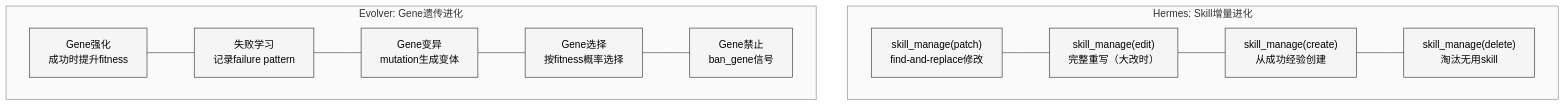
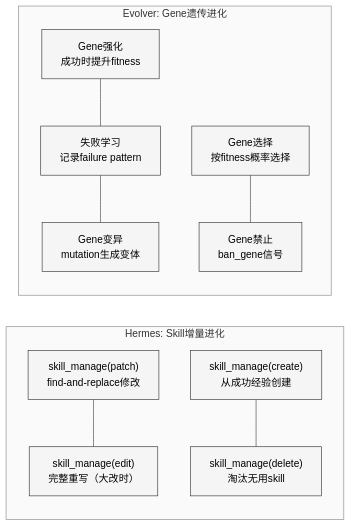
The third of 5 diagrams in Part III 同源项目对比分析/30-三项目Skill系统对比.md (xiaonancs/hermes-agent-study), drawn with Mermaid before and after one commit. The commit also changed other lines of this file and 32 other files, not shown here.

First line of the commit message:
Mermaid 图表修复：白色背景板 + 长宽比优化

````diff
--- a/Part III 同源项目对比分析/30-三项目Skill系统对比.md
+++ b/Part III 同源项目对比分析/30-三项目Skill系统对比.md
@@ -271,22 +271,24 @@
 ```mermaid
 %%{init: {'theme': 'neutral', 'themeVariables': {'background': '#ffffff', 'primaryColor': '#f5f5f5', 'primaryTextColor': '#000000', 'primaryBorderColor': '#333333', 'lineColor': '#444444', 'textColor': '#000000', 'mainBkg': '#f5f5f5', 'nodeBorder': '#333333', 'clusterBkg': '#fafafa', 'clusterBorder': '#888888', 'edgeLabelBackground': '#ffffff'}}}%%
-graph TB
+graph LR
     subgraph Hermes_Evo["Hermes: Skill增量进化"]
         HP["skill_manage(patch)<br/>find-and-replace修改"]
         HE["skill_manage(edit)<br/>完整重写（大改时）"]
         HC["skill_manage(create)<br/>从成功经验创建"]
         HD["skill_manage(delete)<br/>淘汰无用skill"]
         
-        HP --- HE --- HC --- HD
+        HP --- HE
+        HC --- HD
     end
     
     subgraph Evolver_Evo["Evolver: Gene遗传进化"]
         ER["Gene强化<br/>成功时提升fitness"]
         EF["失败学习<br/>记录failure pattern"]
         EM["Gene变异<br/>mutation生成变体"]
         ES["Gene选择<br/>按fitness概率选择"]
         EB["Gene禁止<br/>ban_gene信号"]
         
-        ER --- EF --- EM --- ES --- EB
+        ER --- EF --- EM
+        ES --- EB
     end
 ```
````
